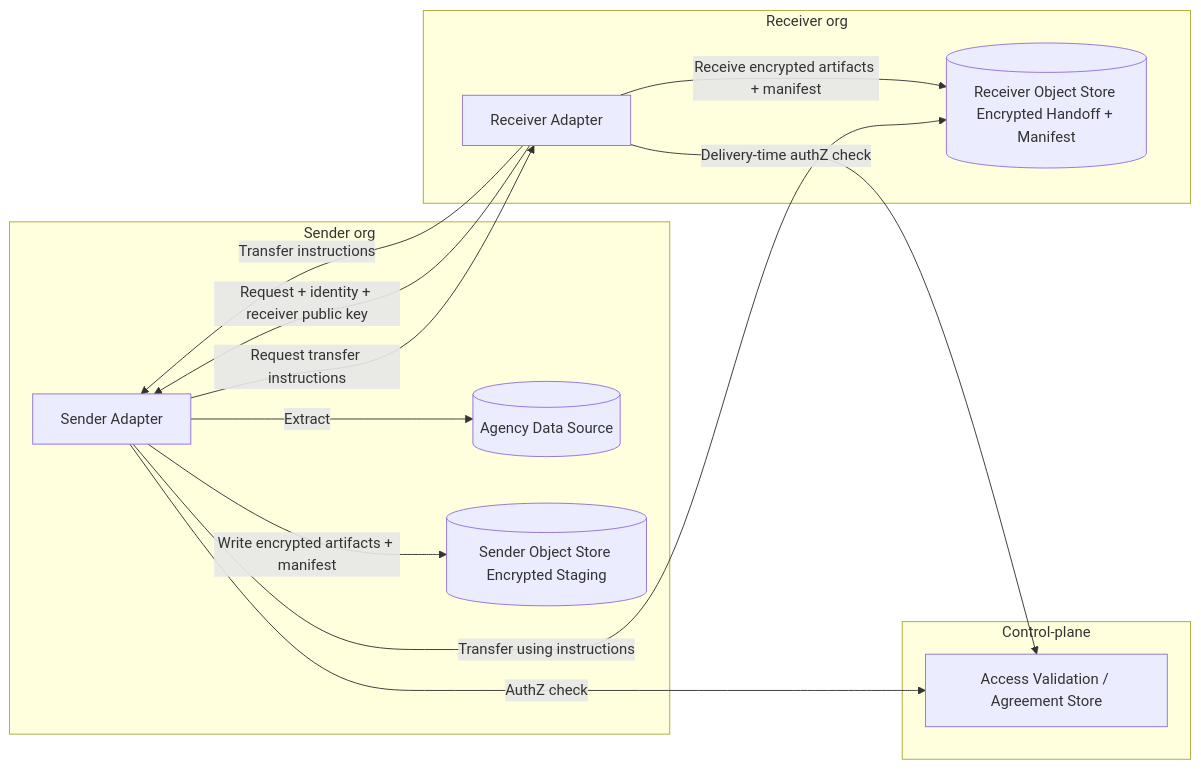
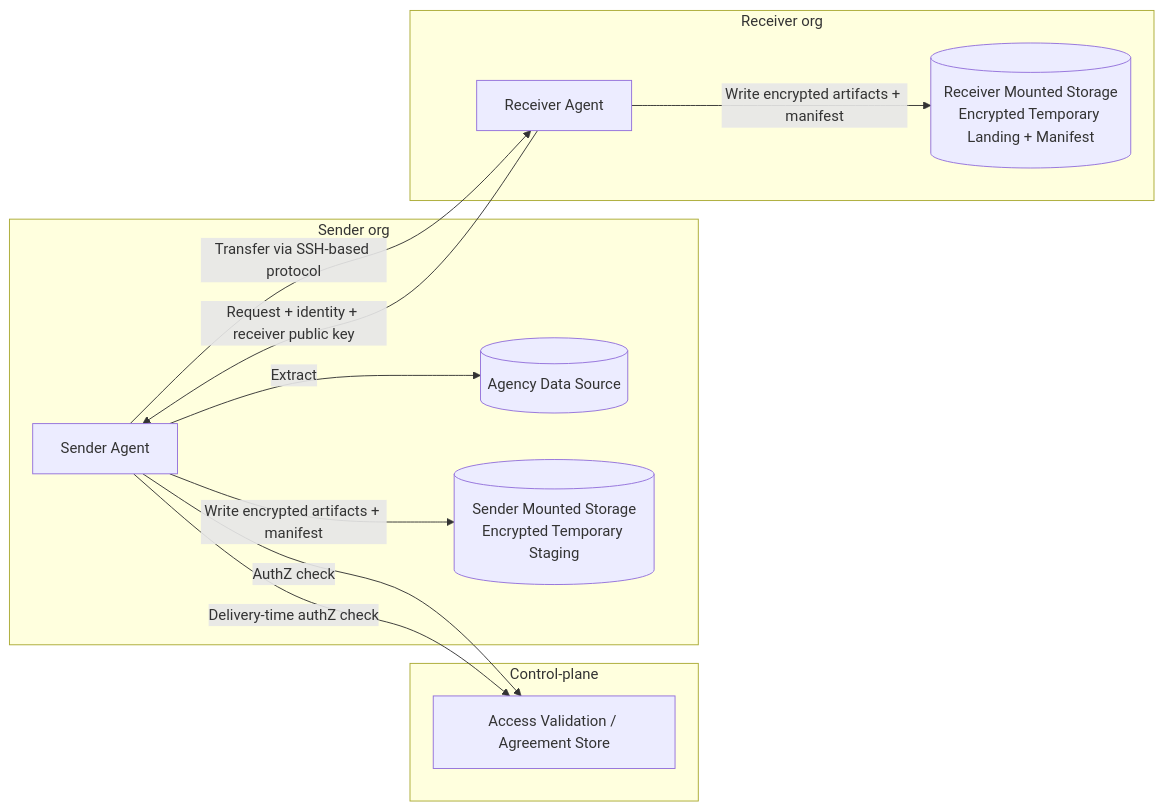
Before and after one commit to GSA-TTS/TTSE-Redwood: the second of 8 diagrams in docs/adr/0001-fde-architecture-diagrams.md, drawn with Mermaid. The commit also changed other lines of this file and 1 other file, not shown here.

First line of the commit message:
WIP: refine FDE agent transfer flow (static mounts, SSH agent-to-agent)

````diff
--- a/docs/adr/0001-fde-architecture-diagrams.md
+++ b/docs/adr/0001-fde-architecture-diagrams.md
@@ -44,27 +43,25 @@
 ```mermaid
 flowchart LR
   subgraph ControlPlane[Control-plane]
     AV[Access Validation / Agreement Store]
   end
 
   subgraph SenderOrg[Sender org]
-    S[Sender Adapter]
+    S[Sender Agent]
     SRC[(Agency Data Source)]
-    SOS[(Sender Object Store Encrypted Staging)]
+    SMS[(Sender Mounted Storage<br/>Encrypted Temporary Staging)]
   end
 
   subgraph ReceiverOrg[Receiver org]
-    R[Receiver Adapter]
-    ROS[(Receiver Object Store Encrypted Handoff + Manifest)]
+    RMS[(Receiver Mounted Storage<br/>Encrypted Temporary Landing + Manifest)]
+    R[Receiver Agent]
   end
 
   R -->|Request + identity + receiver public key| S
   S -->|AuthZ check| AV
   S -->|Extract| SRC
-  S -->|Write encrypted artifacts + manifest| SOS
-  S -->|Request transfer instructions| R
-  R -->|Delivery-time authZ check| AV
-  R -->|Transfer instructions| S
-  S -->|Transfer using instructions| ROS
-  R -->|Receive encrypted artifacts + manifest| ROS
+  S -->|Write encrypted artifacts + manifest| SMS
+  S -->|Delivery-time authZ check| AV
+  S -->|Transfer via SSH-based protocol| R
+  R -->|Write encrypted artifacts + manifest| RMS
 ```
````
